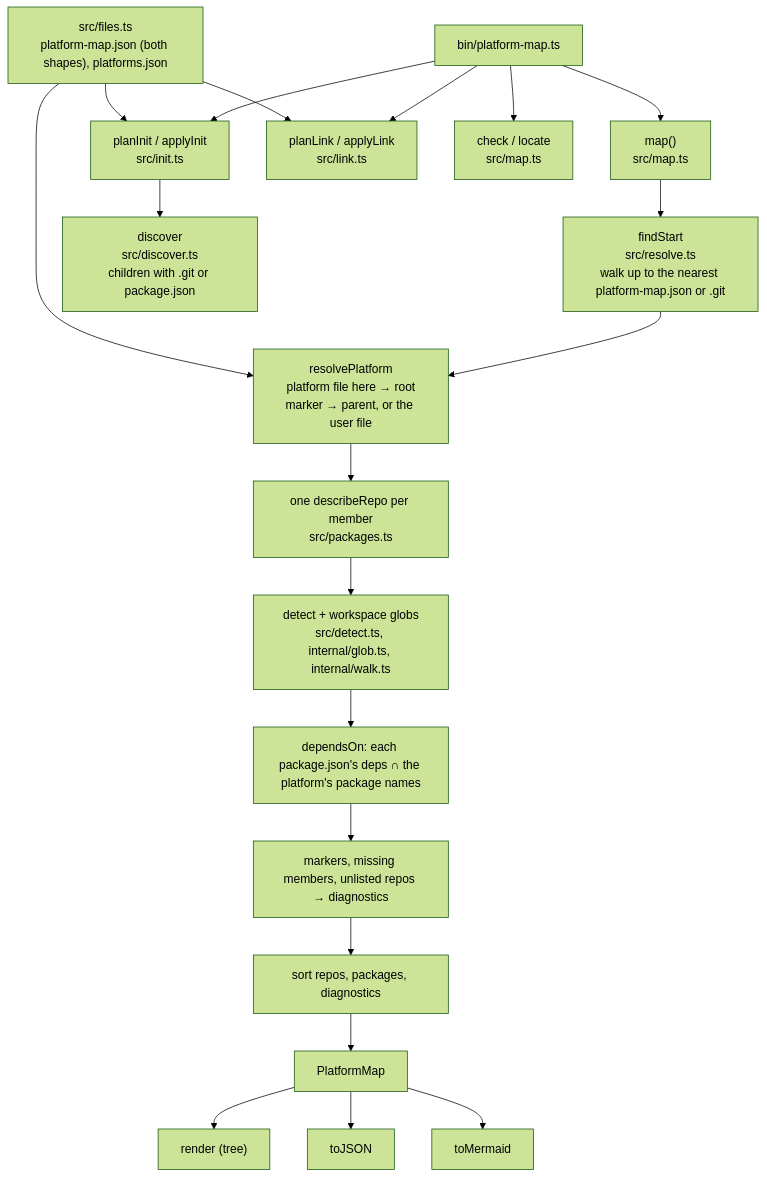
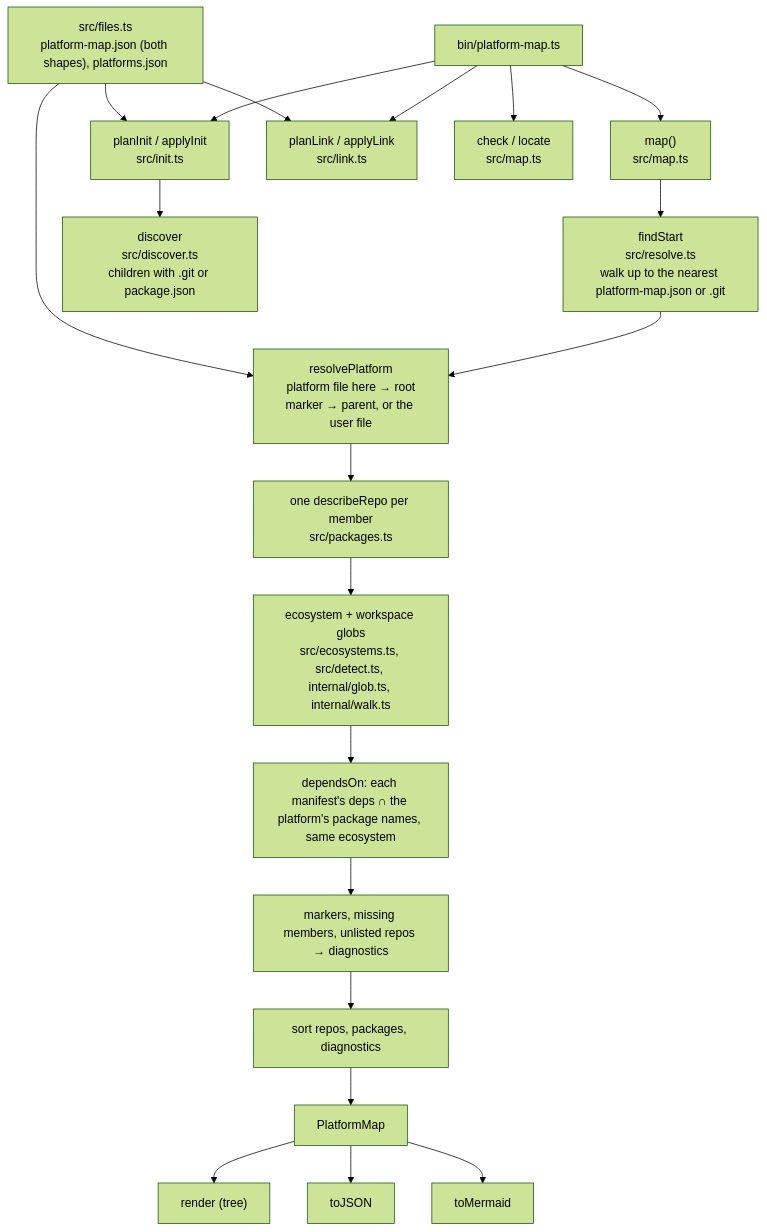
One commit to spec-engine/platform-map changed the diagram in docs/architecture.md. Above: the diagram before and after it, drawn with Mermaid (forest theme). The commit also changed other lines of this file and 5 other files, not shown here.

````diff
--- a/docs/architecture.md
+++ b/docs/architecture.md
@@ -7,24 +7,24 @@
 ```mermaid
 flowchart TD
   CLI["bin/platform-map.ts"] --> MAP
   CLI --> INIT["planInit / applyInit<br/>src/init.ts"]
   CLI --> LINK["planLink / applyLink<br/>src/link.ts"]
   CLI --> CHECK["check / locate<br/>src/map.ts"]
 
   MAP["map()<br/>src/map.ts"] --> START["findStart<br/>src/resolve.ts<br/>walk up to the nearest platform-map.json or .git"]
   START --> RES["resolvePlatform<br/>platform file here → root<br/>marker → parent, or the user file"]
   RES --> MEMBERS["one describeRepo per member<br/>src/packages.ts"]
-  MEMBERS --> DESC["detect + workspace globs<br/>src/detect.ts, internal/glob.ts, internal/walk.ts"]
-  DESC --> DEPS["dependsOn: each package.json's deps ∩ the platform's package names"]
+  MEMBERS --> DESC["ecosystem + workspace globs<br/>src/ecosystems.ts, src/detect.ts, internal/glob.ts, internal/walk.ts"]
+  DESC --> DEPS["dependsOn: each manifest's deps ∩ the platform's package names, same ecosystem"]
   DEPS --> DIAG["markers, missing members, unlisted repos → diagnostics"]
   DIAG --> SORT["sort repos, packages, diagnostics"]
   SORT --> OUT["PlatformMap"]
   OUT --> R1["render (tree)"]
   OUT --> R2["toJSON"]
   OUT --> R3["toMermaid"]
 
   INIT --> DISC["discover<br/>src/discover.ts<br/>children with .git or package.json"]
   FILES["src/files.ts<br/>platform-map.json (both shapes), platforms.json"] --> RES
   FILES --> INIT
   FILES --> LINK
 ```
````
